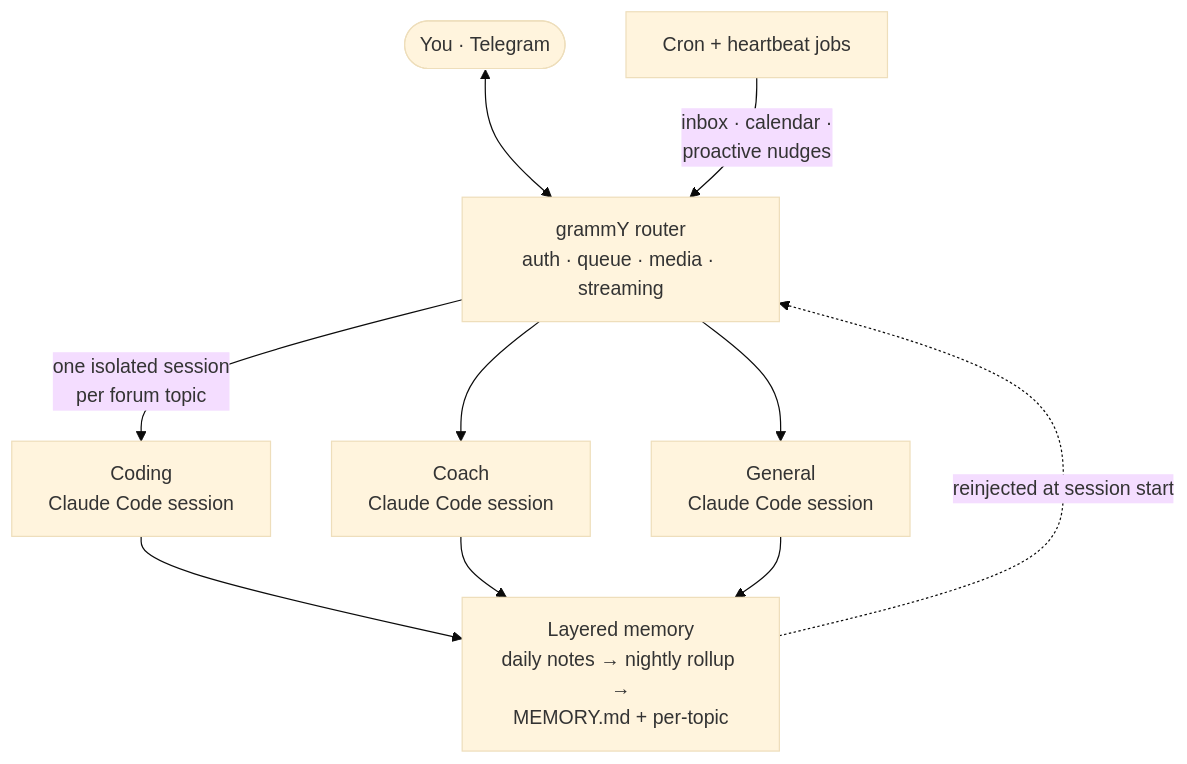
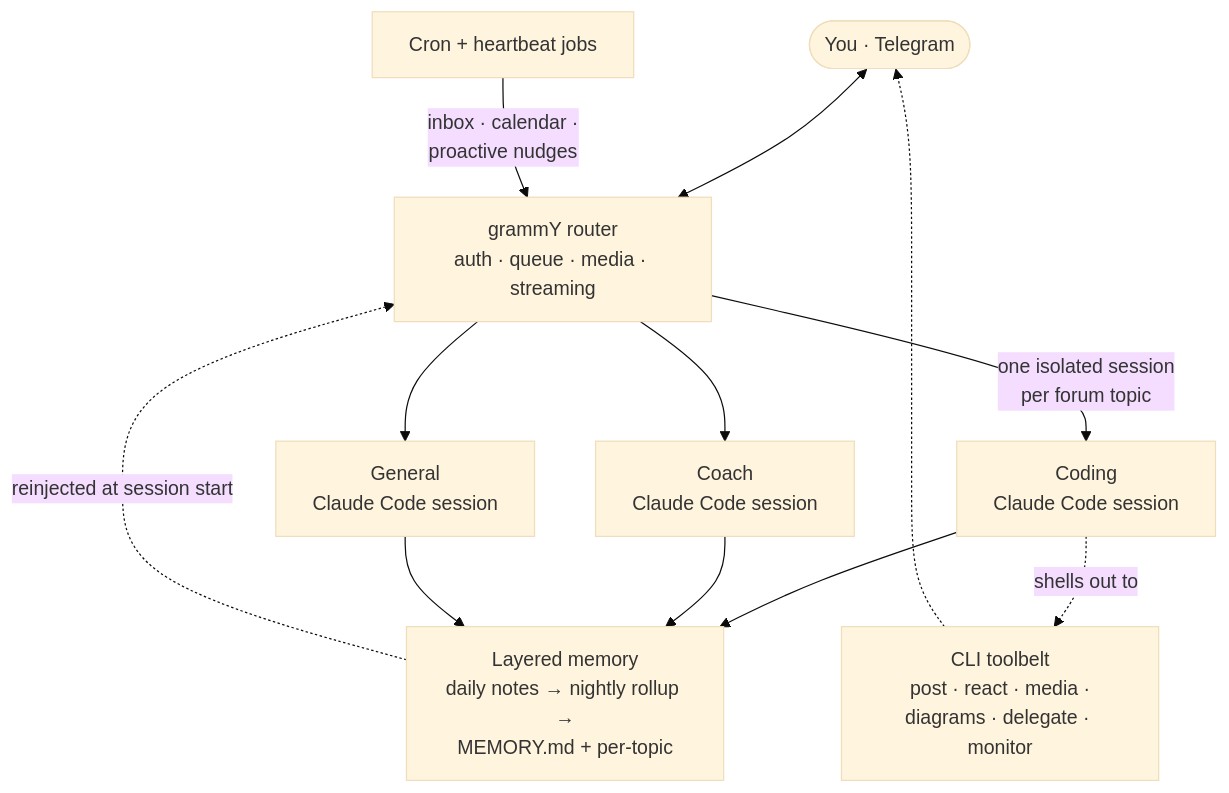
The diagram in README.md (LuKresXD/claw-skeleton), drawn with Mermaid (base theme) before and after one commit. The commit also changed other lines of this file and 20 other files, not shown here.

First line of the commit message:
Deep refresh: current architecture, CLI toolbelt, + full path sanitization

````diff
--- a/README.md
+++ b/README.md
@@ -33,15 +34,18 @@
 ```mermaid
 flowchart TD
     You(["You · Telegram"]) <--> Router["grammY router<br/>auth · queue · media · streaming"]
 
     Router -->|"one isolated session<br/>per forum topic"| T1["Coding<br/>Claude Code session"]
     Router --> T2["Coach<br/>Claude Code session"]
     Router --> T3["General<br/>Claude Code session"]
 
     T1 --> Mem["Layered memory<br/>daily notes → nightly rollup →<br/>MEMORY.md + per-topic"]
     T2 --> Mem
     T3 --> Mem
     Mem -.->|"reinjected at session start"| Router
 
+    T1 -.->|"shells out to"| CLI["CLI toolbelt<br/>post · react · media ·<br/>diagrams · delegate · monitor"]
+    CLI -.-> You
+
     Crons["Cron + heartbeat jobs"] -->|"inbox · calendar ·<br/>proactive nudges"| Router
 ```
````
